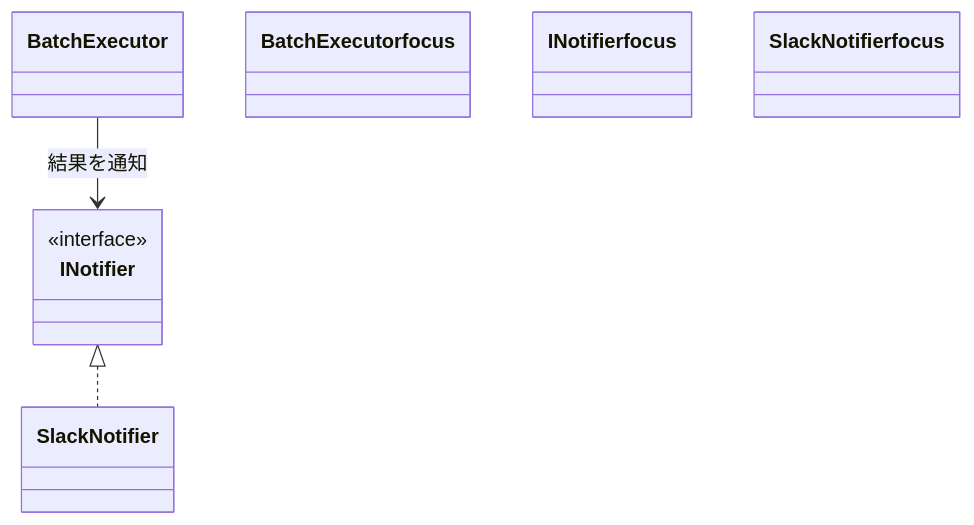
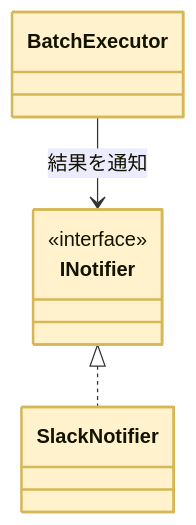
One commit to kumachan1101-pixel/DesignPattern changed the seventh of 16 diagrams in kindle/design-patterns/output/chapter10.md. Above: the diagram before and after it, drawn with Mermaid. The commit also changed other lines of this file and 15 other files, not shown here.

First line of the commit message:
全章classDiagram: phantom浮きクラスを生む着色構文 class X focus を :::focus へ修正（103箇所）

````diff
--- a/kindle/design-patterns/output/chapter10.md
+++ b/kindle/design-patterns/output/chapter10.md
@@ -1322,12 +1322,12 @@
 ```mermaid
 classDiagram
     class BatchExecutor
     class INotifier { <<interface>> }
     class SlackNotifier
     BatchExecutor --> INotifier : 結果を通知
     INotifier <|.. SlackNotifier
-    class BatchExecutor focus
-    class INotifier focus
-    class SlackNotifier focus
+    class BatchExecutor:::focus
+    class INotifier:::focus
+    class SlackNotifier:::focus
     classDef focus fill:#FFF2CC,stroke:#D6B656,stroke-width:2px
 ```
````
